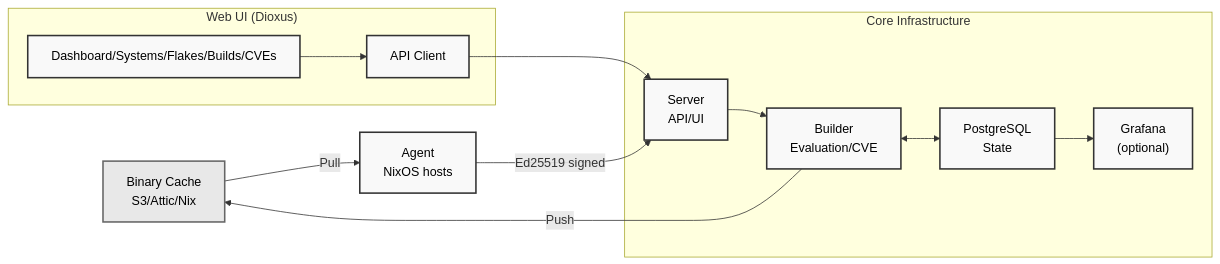
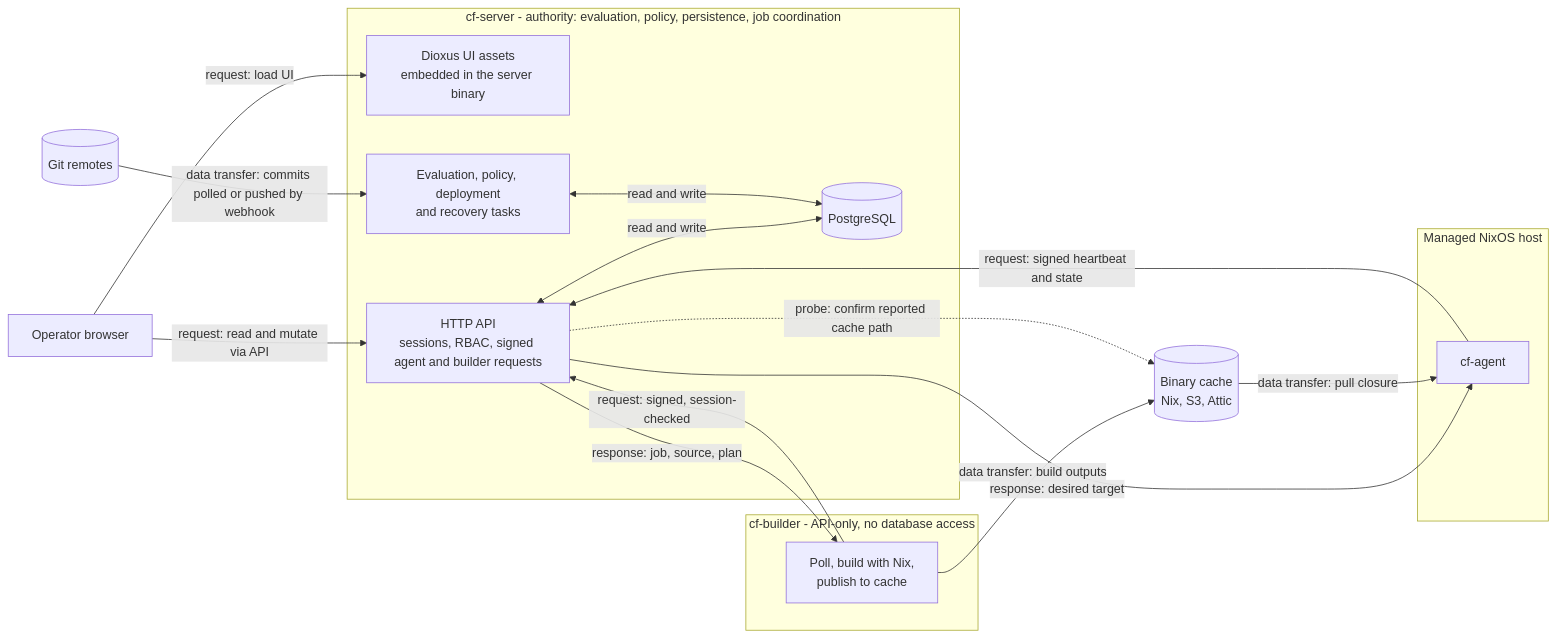
One commit to usmcamp0811/crystal-forge changed the diagram in docs/knowledge/architecture/ecosystem-architecture-summary.md. Above: the diagram before and after it, drawn with Mermaid. The commit also changed other lines of this file and 132 other files, not shown here.

````diff
--- a/docs/knowledge/architecture/ecosystem-architecture-summary.md
+++ b/docs/knowledge/architecture/ecosystem-architecture-summary.md
@@ -26,30 +42,36 @@
 ```mermaid
 flowchart LR
-    C["Binary Cache<br/>S3/Attic/Nix"]
-    A["Agent<br/>NixOS hosts"]
+    Operator["Operator browser"]
+    Git[("Git remotes")]
+    Cache[("Binary cache<br/>Nix, S3, Attic")]
 
-    subgraph "Core Infrastructure"
-        S["Server<br/>API/UI"]
-        B["Builder<br/>Evaluation/CVE"]
-        P["PostgreSQL<br/>State"]
-        G["Grafana<br/>(optional)"]
+    subgraph Server["cf-server - authority: evaluation, policy, persistence, job coordination"]
+        UI["Dioxus UI assets<br/>embedded in the server binary"]
+        API["HTTP API<br/>sessions, RBAC, signed agent and builder requests"]
+        Core["Evaluation, policy, deployment<br/>and recovery tasks"]
+        DB[("PostgreSQL")]
     end
 
-    subgraph "Web UI (Dioxus)"
-        UI["Dashboard/Systems/Flakes/Builds/CVEs"]
-        API["API Client"]
+    subgraph Builder["cf-builder - API-only, no database access"]
+        Work["Poll, build with Nix,<br/>publish to cache"]
     end
 
-    A -->|Ed25519 signed| S
-    S --> B
-    B -->|Push| C
-    C -->|Pull| A
-    B <--> P
-    P --> G
-    UI --> API
-    API --> S
+    subgraph Host["Managed NixOS host"]
+        Agent["cf-agent"]
+    end
 
-    classDef default fill:#f9f9f9,stroke:#333,stroke-width:2px,color:#000
-    classDef external fill:#e8e8e8,stroke:#666,stroke-width:2px,color:#000
-    class C external
+    Operator -->|"request: load UI"| UI
+    Operator -->|"request: read and mutate via API"| API
+    API <-->|"read and write"| DB
+    Core <-->|"read and write"| DB
+    Git -->|"data transfer: commits polled or pushed by webhook"| Core
+
+    Work -->|"request: signed, session-checked"| API
+    API -->|"response: job, source, plan"| Work
+    Work -->|"data transfer: build outputs"| Cache
+    API -.->|"probe: confirm reported cache path"| Cache
+
+    Agent -->|"request: signed heartbeat and state"| API
+    API -->|"response: desired target"| Agent
+    Cache -->|"data transfer: pull closure"| Agent
 ```
````
